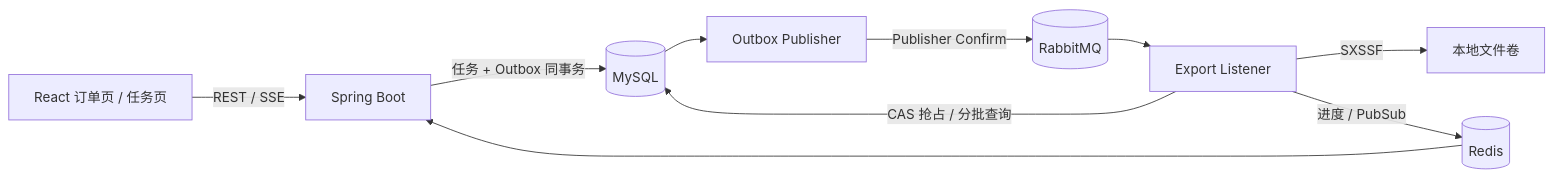
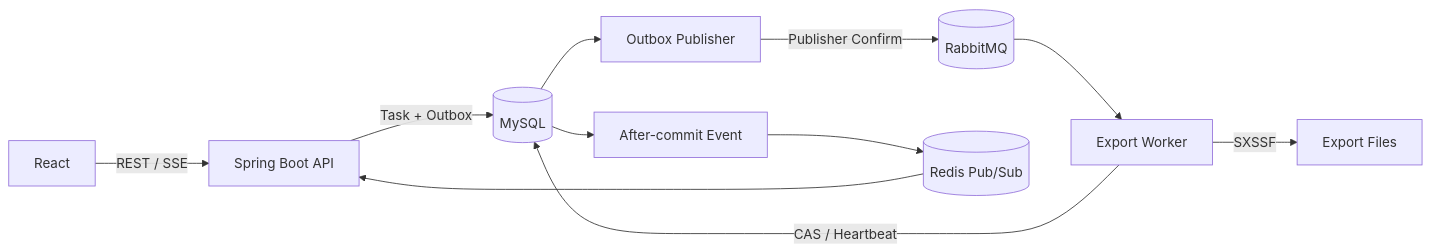
Before and after one commit to lizejiong/export-flow: the diagram in README.md, drawn with Mermaid. The commit also changed other lines of this file, not shown here.

````diff
--- a/README.md
+++ b/README.md
@@ -20,12 +18,13 @@
 ```mermaid
 flowchart LR
-  UI["React 订单页 / 任务页"] -->|REST / SSE| API["Spring Boot"]
-  API -->|任务 + Outbox 同事务| DB[(MySQL)]
-  OB["Outbox Publisher"] -->|Publisher Confirm| MQ[(RabbitMQ)]
-  DB --> OB
-  MQ --> WK["Export Listener"]
-  WK -->|CAS 抢占 / 分批查询| DB
-  WK -->|SXSSF| FS["本地文件卷"]
-  WK -->|进度 / PubSub| RD[(Redis)]
-  RD --> API
+  UI["React"] -->|"REST / SSE"| API["Spring Boot API"]
+  API -->|"Task + Outbox"| DB[(MySQL)]
+  DB --> PUB["Outbox Publisher"]
+  PUB -->|"Publisher Confirm"| MQ[(RabbitMQ)]
+  MQ --> WORKER["Export Worker"]
+  WORKER -->|"CAS / Heartbeat"| DB
+  WORKER -->|"SXSSF"| FILES["Export Files"]
+  DB --> EVENT["After-commit Event"]
+  EVENT --> REDIS[(Redis Pub/Sub)]
+  REDIS --> API
 ```
````
